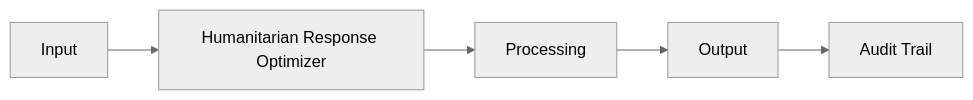
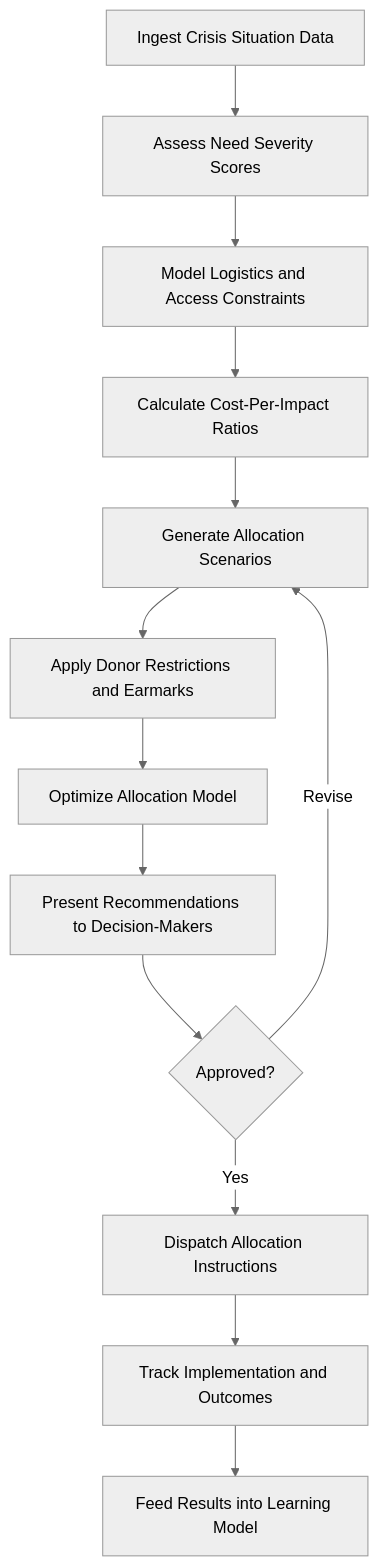
One commit to andrew-leo-2024/marketplace-docs changed the diagram in docs/audiences/04-international-institutions/humanitarian-response-optimizer.mdx. Above: the diagram before and after it, drawn with Mermaid (neutral theme). The commit also changed other lines of this file and 401 other files, not shown here.

````diff
--- a/docs/audiences/04-international-institutions/humanitarian-response-optimizer.mdx
+++ b/docs/audiences/04-international-institutions/humanitarian-response-optimizer.mdx
@@ -29,7 +35,15 @@
 ```mermaid
-graph LR
-    A[Input] --> B[Humanitarian Response Optimizer]
-    B --> C[Processing]
-    C --> D[Output]
-    D --> E[Audit Trail]
+graph TD
+    A[Ingest Crisis Situation Data] --> B[Assess Need Severity Scores]
+    B --> C[Model Logistics and Access Constraints]
+    C --> D[Calculate Cost-Per-Impact Ratios]
+    D --> E[Generate Allocation Scenarios]
+    E --> F[Apply Donor Restrictions and Earmarks]
+    F --> G[Optimize Allocation Model]
+    G --> H[Present Recommendations to Decision-Makers]
+    H --> I{Approved?}
+    I -->|Yes| J[Dispatch Allocation Instructions]
+    I -->|Revise| E
+    J --> K[Track Implementation and Outcomes]
+    K --> L[Feed Results into Learning Model]
 ```
````
